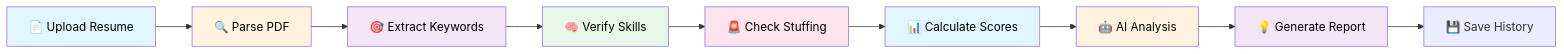
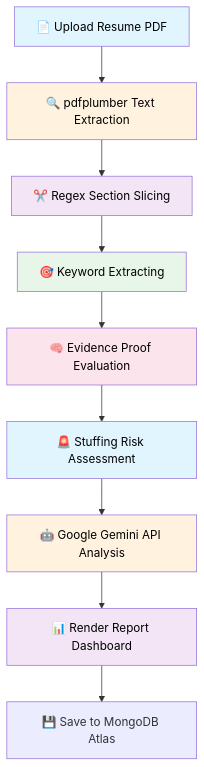
One commit to TusarGoswami/PassTheATS changed the diagram in README.md. Above: the diagram before and after it, drawn with Mermaid. The commit also changed other lines of this file, not shown here.

````diff
--- a/README.md
+++ b/README.md
@@ -357,20 +314,20 @@
 ```mermaid
-graph LR
-    A[📄 Upload Resume] --> B[🔍 Parse PDF]
-    B --> C[🎯 Extract Keywords]
-    C --> D[🧠 Verify Skills]
-    D --> E[🚨 Check Stuffing]
-    E --> F[📊 Calculate Scores]
-    F --> G[🤖 AI Analysis]
-    G --> H[💡 Generate Report]
-    H --> I[💾 Save History]
+graph TD
+    A[📄 Upload Resume PDF] --> B[🔍 pdfplumber Text Extraction]
+    B --> C[✂️ Regex Section Slicing]
+    C --> D[🎯 Keyword Extracting]
+    D --> E[🧠 Evidence Proof Evaluation]
+    E --> F[🚨 Stuffing Risk Assessment]
+    F --> G[🤖 Google Gemini API Analysis]
+    G --> H[📊 Render Report Dashboard]
+    H --> I[💾 Save to MongoDB Atlas]
     
     style A fill:#e1f5ff,color:#000
     style B fill:#fff3e0,color:#000
     style C fill:#f3e5f5,color:#000
     style D fill:#e8f5e9,color:#000
     style E fill:#fce4ec,color:#000
     style F fill:#e1f5ff,color:#000
     style G fill:#fff3e0,color:#000
     style H fill:#f3e5f5,color:#000
 ```
````
